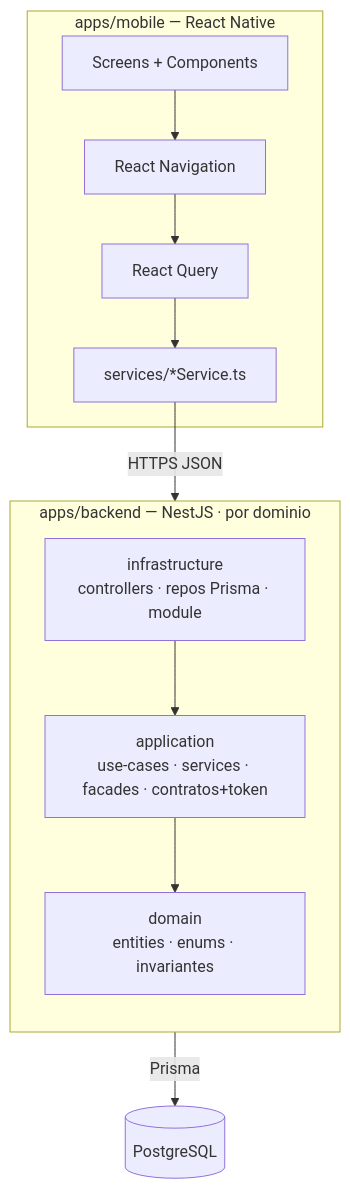
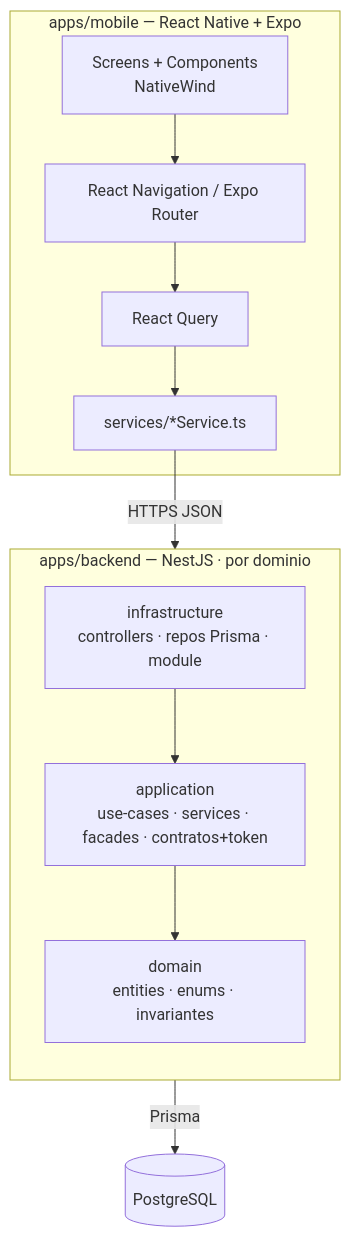
The first of 2 diagrams in docs/02-ARCHITECTURE.md (danielmao/ready), drawn with Mermaid before and after one commit. The commit also changed other lines of this file and 36 other files, not shown here.

````diff
--- a/docs/02-ARCHITECTURE.md
+++ b/docs/02-ARCHITECTURE.md
@@ -27,21 +27,21 @@
 ```mermaid
 graph TB
-    subgraph Mobile[apps/mobile — React Native]
-        UI[Screens + Components]
-        NAV[React Navigation]
+    subgraph Mobile[apps/mobile — React Native + Expo]
+        UI[Screens + Components<br/>NativeWind]
+        NAV[React Navigation / Expo Router]
         QRY[React Query]
         SVC[services/*Service.ts]
         UI --> NAV --> QRY --> SVC
     end
 
     subgraph Backend[apps/backend — NestJS · por dominio]
         direction TB
         CTRL[infrastructure<br/>controllers · repos Prisma · module]
         APP[application<br/>use-cases · services · facades · contratos+token]
         DOM[domain<br/>entities · enums · invariantes]
         CTRL --> APP --> DOM
     end
 
     SVC -->|HTTPS JSON| CTRL
     CTRL -->|Prisma| PG[(PostgreSQL)]
 ```
````
